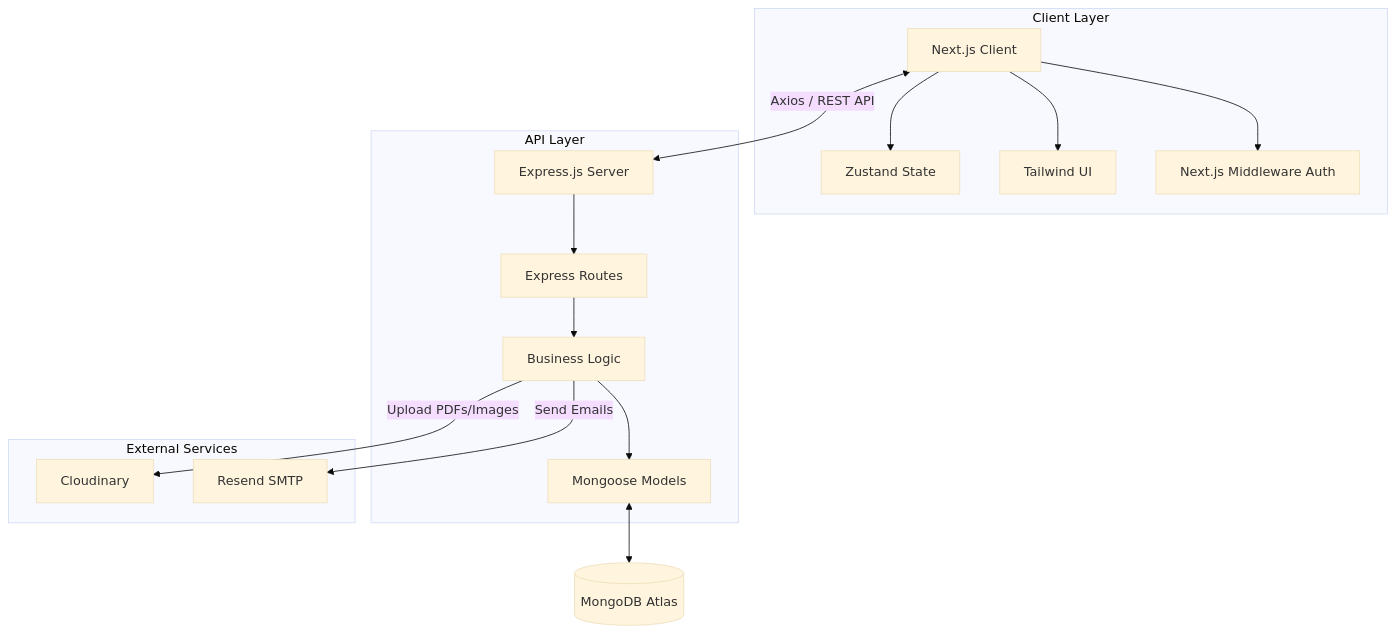
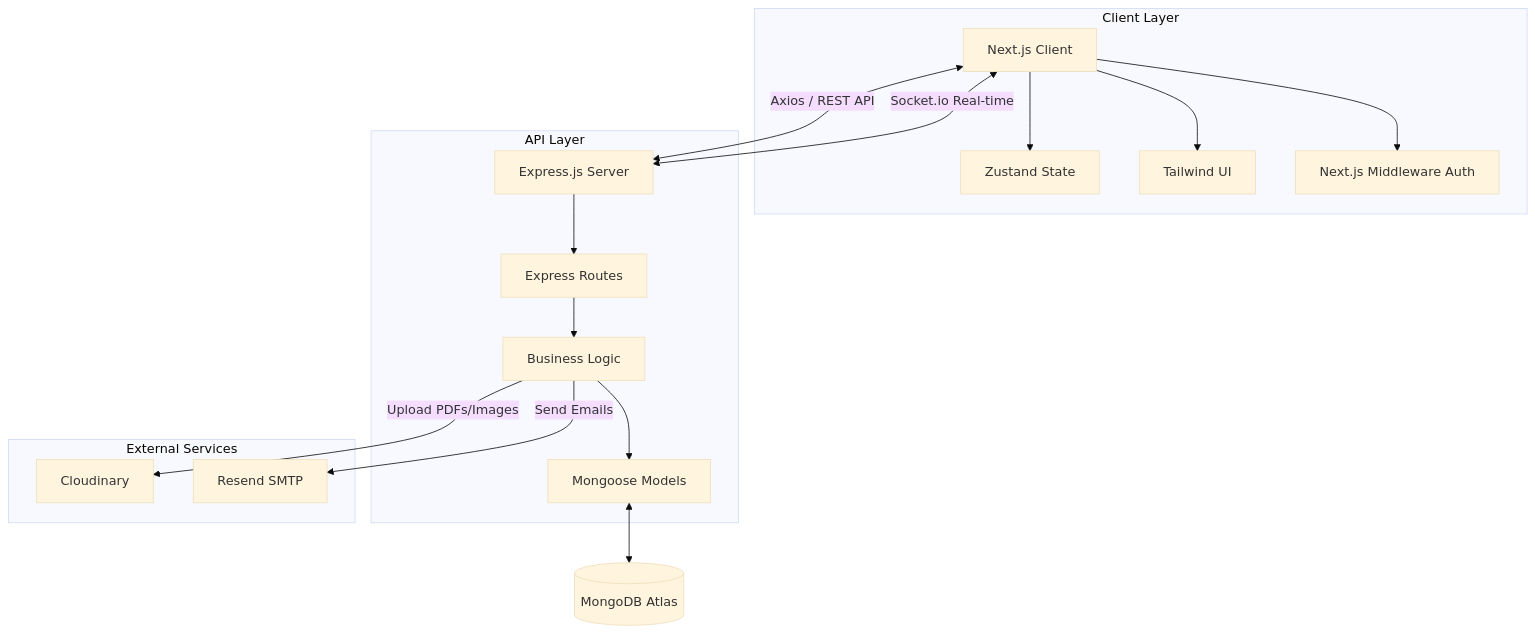
One commit to HarshJasani9/CareSync changed the first of 2 diagrams in README.md. Above: the diagram before and after it, drawn with Mermaid (base theme). The commit also changed other lines of this file, not shown here.

````diff
--- a/README.md
+++ b/README.md
@@ -67,23 +70,24 @@
 ```mermaid
 graph TD
     Client[Next.js Client] <-->|Axios / REST API| Server[Express.js Server]
+    Client <-->|Socket.io Real-time| Server
     
     subgraph Frontend [Client Layer]
         Client --> Zustand[Zustand State]
         Client --> Components[Tailwind UI]
         Client --> Middleware[Next.js Middleware Auth]
     end
     
     subgraph Backend [API Layer]
         Server --> Routes[Express Routes]
         Routes --> Controllers[Business Logic]
         Controllers --> Models[Mongoose Models]
     end
     
     Models <--> Database[(MongoDB Atlas)]
     
     subgraph External Services
         Controllers -->|Upload PDFs/Images| Cloudinary[Cloudinary]
         Controllers -->|Send Emails| Resend[Resend SMTP]
     end
 ```
````
